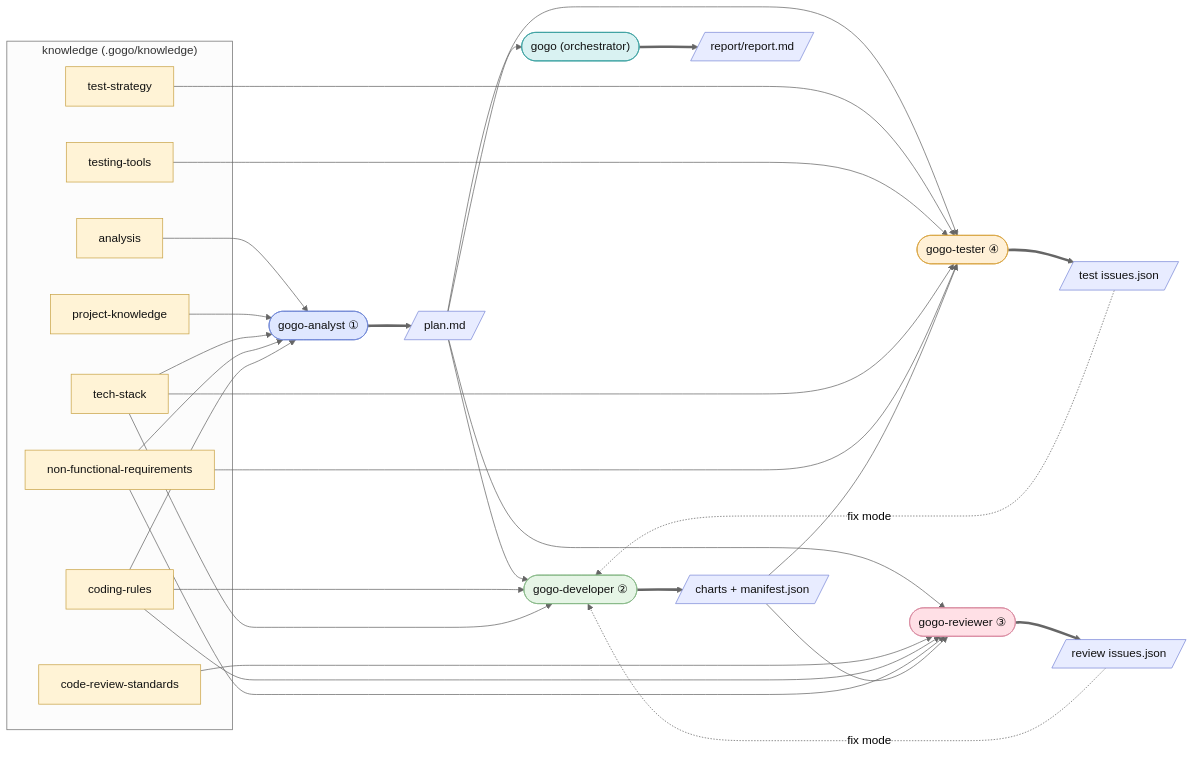
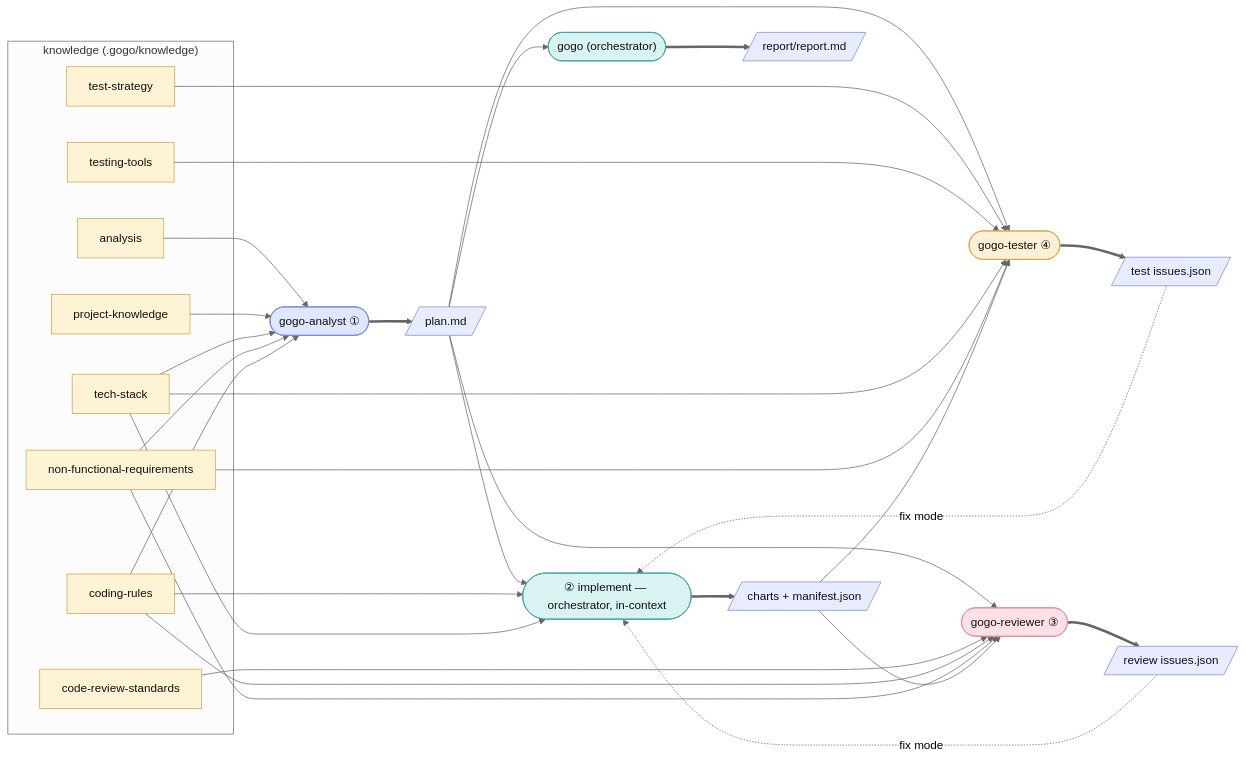
One commit to ZawadzkiB/gogo changed the diagram in docs/agents.md. Above: the diagram before and after it, drawn with Mermaid (neutral theme). The commit also changed other lines of this file and 9 other files, not shown here.

First line of the commit message:
feat(gogo): run phase ② implement in-context on /gogo:go - 0.12.0

````diff
--- a/docs/agents.md
+++ b/docs/agents.md
@@ -18,64 +19,64 @@
 ```mermaid
 flowchart LR
     subgraph KN["knowledge (.gogo/knowledge)"]
       AN[analysis]:::kn
       PK[project-knowledge]:::kn
       TS[tech-stack]:::kn
       NFR[non-functional-requirements]:::kn
       CR[coding-rules]:::kn
       CRS[code-review-standards]:::kn
       TT[testing-tools]:::kn
       TST[test-strategy]:::kn
     end
 
     ORCH(["gogo (orchestrator)"]):::orch
     ANALYST(["gogo-analyst ①"]):::analyst
-    DEV(["gogo-developer ②"]):::dev
+    DEV(["② implement — orchestrator, in-context"]):::orch
     REV(["gogo-reviewer ③"]):::rev
     TEST(["gogo-tester ④"]):::test
 
     PLAN[/plan.md/]:::art
     CHARTS[/charts + manifest.json/]:::art
     RISS[/review issues.json/]:::art
     TISS[/test issues.json/]:::art
     REPORT[/"report/report.md"/]:::art
 
     AN --> ANALYST
     PK --> ANALYST
     TS --> ANALYST
     NFR --> ANALYST
     CR --> ANALYST
     ANALYST ==> PLAN
     PLAN --> ORCH
     ORCH ==> REPORT
 
     PLAN --> DEV
     CR --> DEV
     TS --> DEV
     RISS -.->|fix mode| DEV
     TISS -.->|fix mode| DEV
     DEV ==> CHARTS
 
     PLAN --> REV
     CRS --> REV
     CR --> REV
     NFR --> REV
     CHARTS --> REV
     REV ==> RISS
 
     PLAN --> TEST
     TST --> TEST
     TT --> TEST
     TS --> TEST
     NFR --> TEST
     CHARTS --> TEST
     TEST ==> TISS
 
     classDef kn fill:#fff3d6,stroke:#caa54a,color:#111
     classDef orch fill:#d9f2f2,stroke:#3aa0a0,color:#111
     classDef analyst fill:#dfe7ff,stroke:#6f86d6,color:#111
     classDef dev fill:#e6f5e6,stroke:#86b886,color:#111
     classDef rev fill:#ffe0e6,stroke:#d98aa0,color:#111
     classDef test fill:#fff0d6,stroke:#d9a441,color:#111
     classDef art fill:#e8ecff,stroke:#7c8bd9,color:#111
 ```
````
